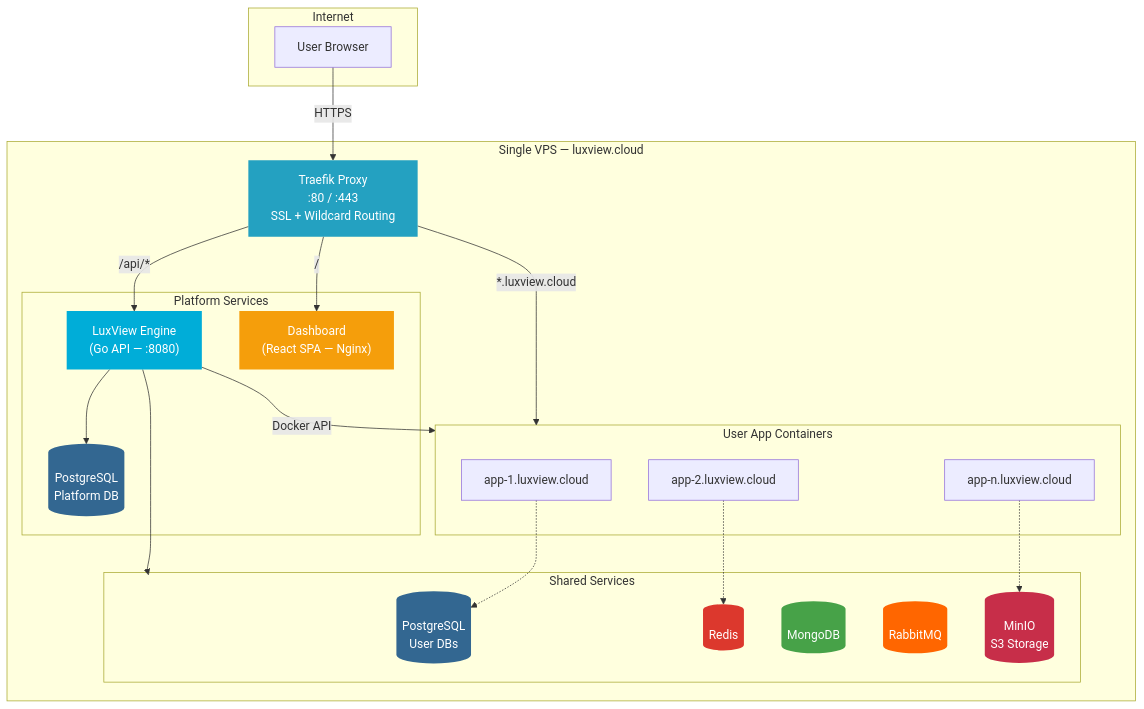
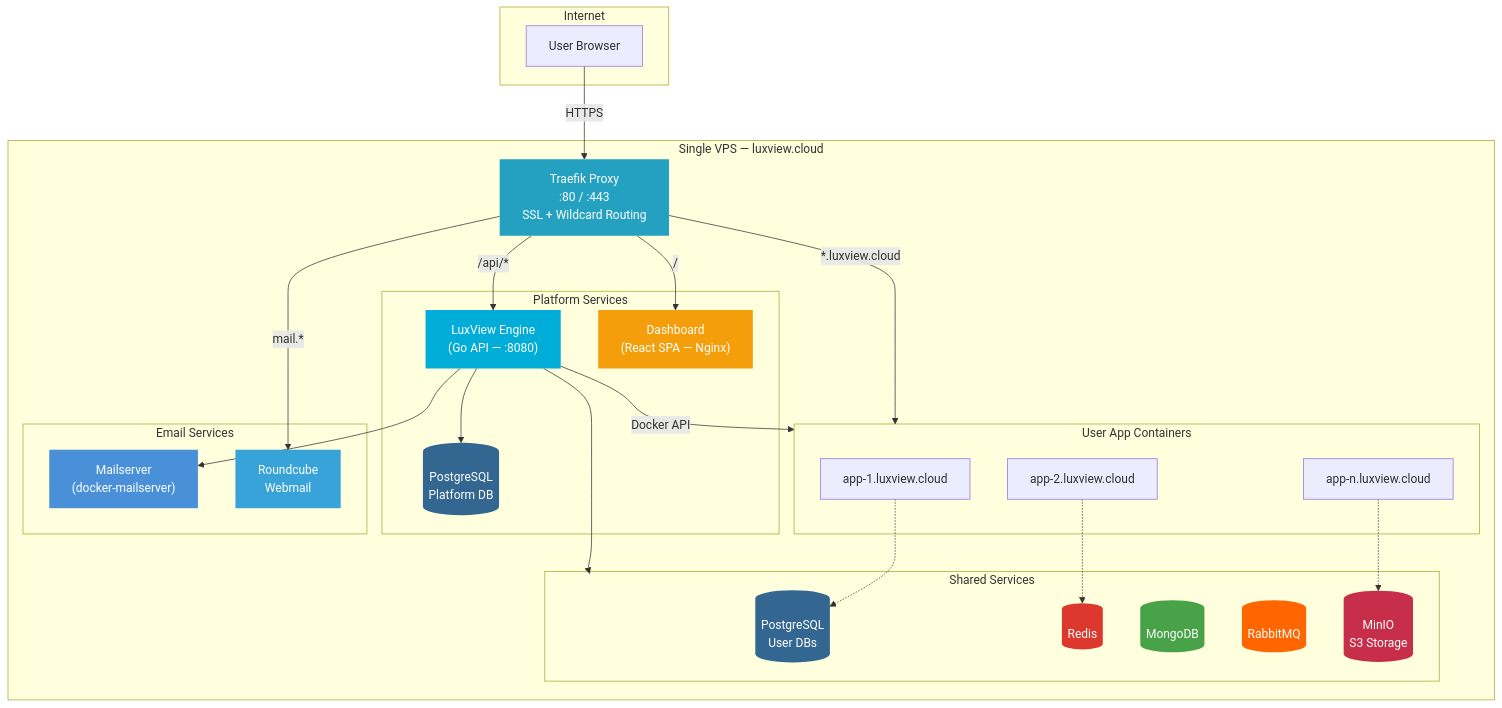
Before and after one commit to JohnPitter/luxview-cloud: the first of 5 diagrams in README.md, drawn with Mermaid. The commit also changed other lines of this file, not shown here.

First line of the commit message:
docs: update README with CI/CD pipeline, email, Go 1.26

````diff
--- a/README.md
+++ b/README.md
@@ -55,51 +58,60 @@
 ```mermaid
 graph TB
     subgraph Internet
         USER[User Browser]
     end
 
     subgraph VPS["Single VPS — luxview.cloud"]
         TRAEFIK["Traefik Proxy<br/>:80 / :443<br/>SSL + Wildcard Routing"]
 
         subgraph Platform["Platform Services"]
             ENGINE["LuxView Engine<br/>(Go API — :8080)"]
             DASHBOARD["Dashboard<br/>(React SPA — Nginx)"]
             PG_PLATFORM[("PostgreSQL<br/>Platform DB")]
         end
 
         subgraph Apps["User App Containers"]
             A1["app-1.luxview.cloud"]
             A2["app-2.luxview.cloud"]
             A3["app-n.luxview.cloud"]
         end
 
         subgraph Shared["Shared Services"]
             PG_SHARED[("PostgreSQL<br/>User DBs")]
             REDIS[("Redis")]
             MONGO[("MongoDB")]
             RABBIT[("RabbitMQ")]
             MINIO[("MinIO<br/>S3 Storage")]
         end
+
+        subgraph Email["Email Services"]
+            MAIL["Mailserver<br/>(docker-mailserver)"]
+            ROUNDCUBE["Roundcube<br/>Webmail"]
+        end
     end
 
     USER -->|HTTPS| TRAEFIK
     TRAEFIK -->|"/api/*"| ENGINE
     TRAEFIK -->|"/"| DASHBOARD
     TRAEFIK -->|"*.luxview.cloud"| Apps
+    TRAEFIK -->|"mail.*"| ROUNDCUBE
     ENGINE --> PG_PLATFORM
     ENGINE -->|"Docker API"| Apps
     ENGINE --> Shared
+    ENGINE --> MAIL
     A1 -.-> PG_SHARED
     A2 -.-> REDIS
     A3 -.-> MINIO
 
     style TRAEFIK fill:#24A1C1,color:#fff,stroke:none
     style ENGINE fill:#00ADD8,color:#fff,stroke:none
     style DASHBOARD fill:#F59E0B,color:#fff,stroke:none
     style PG_PLATFORM fill:#336791,color:#fff,stroke:none
     style PG_SHARED fill:#336791,color:#fff,stroke:none
     style REDIS fill:#DC382D,color:#fff,stroke:none
     style MONGO fill:#47A248,color:#fff,stroke:none
     style RABBIT fill:#FF6600,color:#fff,stroke:none
     style MINIO fill:#C72E49,color:#fff,stroke:none
+    style MAIL fill:#4A90D9,color:#fff,stroke:none
+    style ROUNDCUBE fill:#37A3D9,color:#fff,stroke:none
 ```
````
